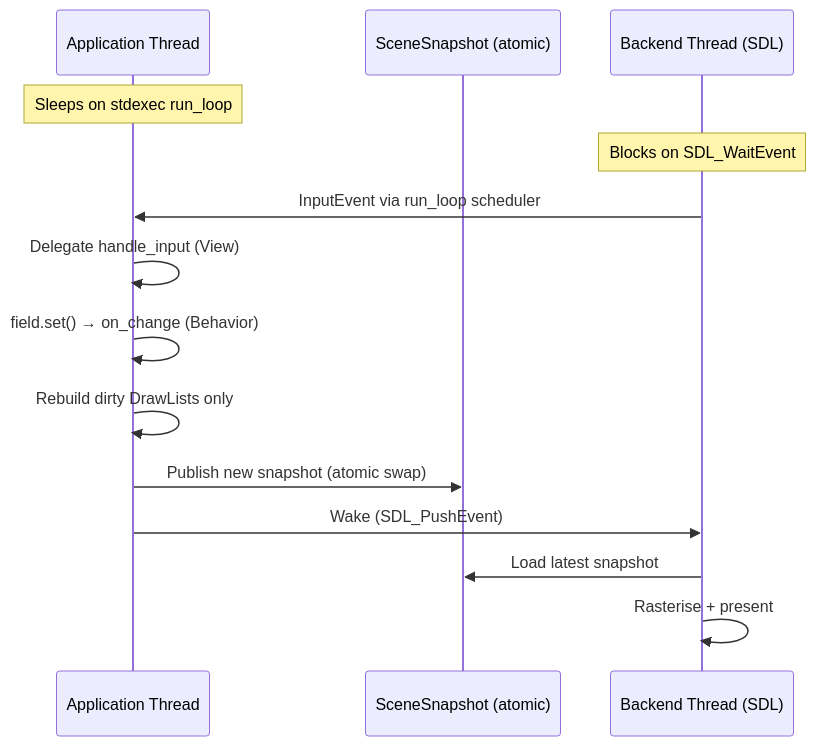
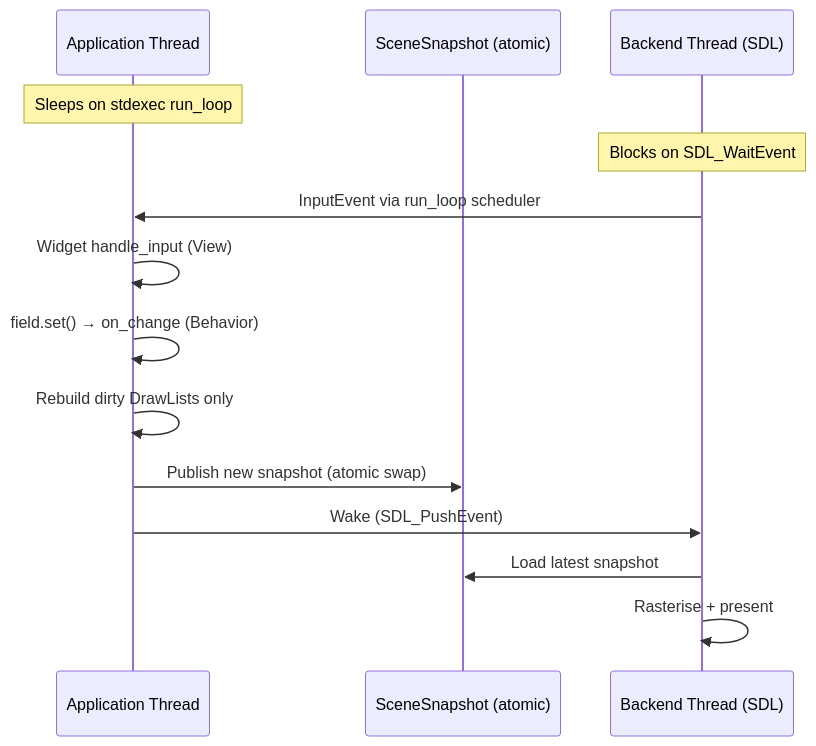
Before and after one commit to jeandet/PRSIM: the fifth of 6 diagrams in README.md, drawn with Mermaid. The commit also changed other lines of this file and 6 other files, not shown here.

First line of the commit message:
docs: rename Delegate<T> to Widget<T> throughout documentation

````diff
--- a/README.md
+++ b/README.md
@@ -294,18 +294,18 @@
 ```mermaid
 sequenceDiagram
     participant App as Application Thread
     participant Snap as SceneSnapshot (atomic)
     participant Back as Backend Thread (SDL)
 
     Note over App: Sleeps on stdexec run_loop
     Note over Back: Blocks on SDL_WaitEvent
 
     Back->>App: InputEvent via run_loop scheduler
-    App->>App: Delegate handle_input (View)
+    App->>App: Widget handle_input (View)
     App->>App: field.set() → on_change (Behavior)
     App->>App: Rebuild dirty DrawLists only
     App->>Snap: Publish new snapshot (atomic swap)
     App->>Back: Wake (SDL_PushEvent)
     Back->>Snap: Load latest snapshot
     Back->>Back: Rasterise + present
 ```
````
